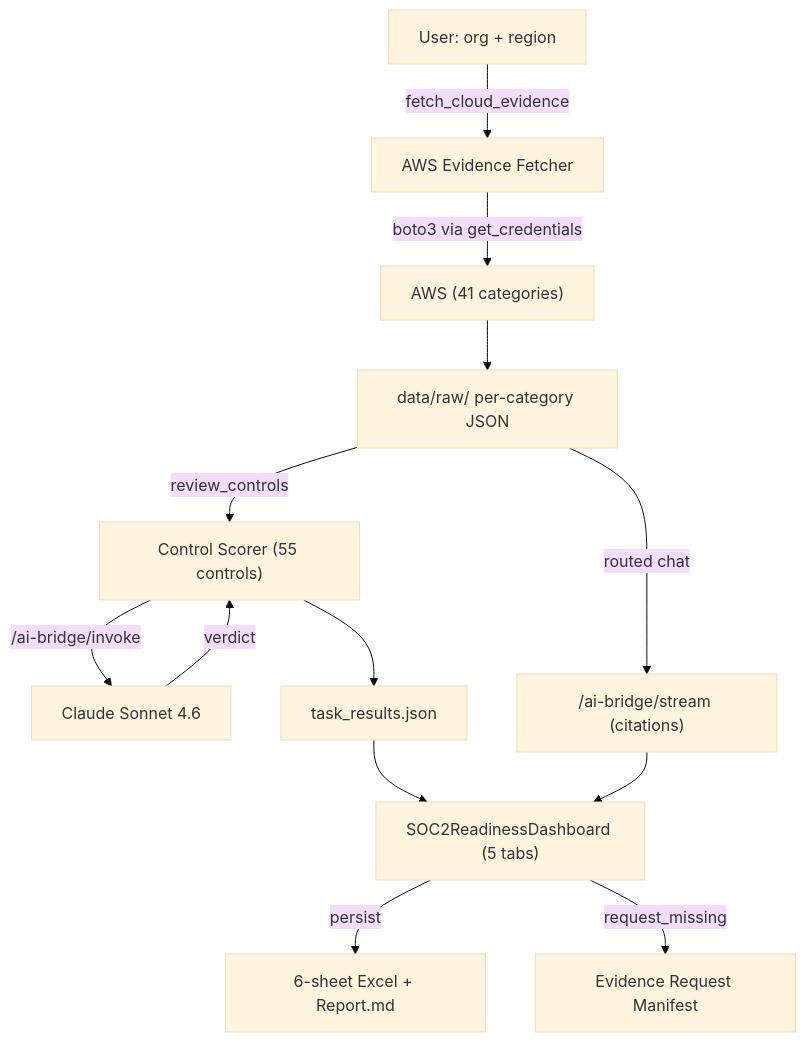
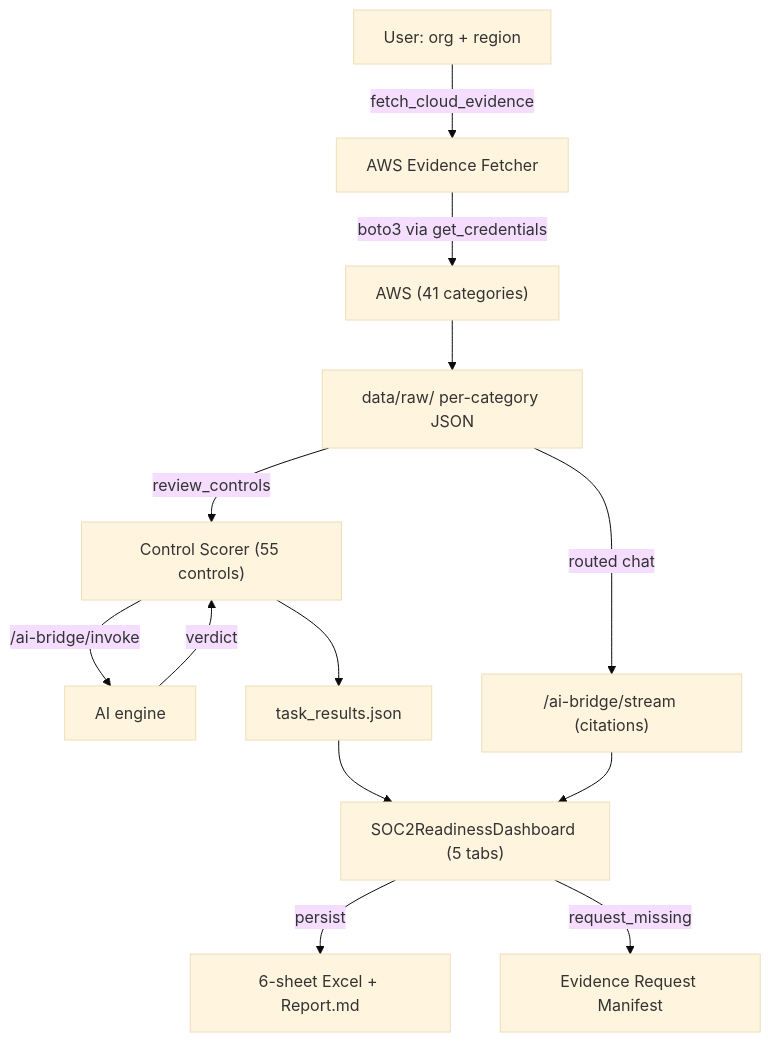
One commit to transilienceai/docs changed the fifth of 32 diagrams in concepts/Applications.md. Above: the diagram before and after it, drawn with Mermaid (base theme). The commit also changed other lines of this file, not shown here.

````diff
--- a/concepts/Applications.md
+++ b/concepts/Applications.md
@@ -175,15 +175,15 @@
 ```mermaid
 flowchart TD
     A["User: org + region"] -->|fetch_cloud_evidence| B["AWS Evidence Fetcher"]
     B -->|boto3 via get_credentials| C["AWS (41 categories)"]
     C --> D["data/raw/ per-category JSON"]
     D -->|review_controls| E["Control Scorer (55 controls)"]
-    E -->|/ai-bridge/invoke| F["Claude Sonnet 4.6"]
+    E -->|/ai-bridge/invoke| F["AI engine"]
     F -->|verdict| E
     E --> G["task_results.json"]
     G --> H["SOC2ReadinessDashboard (5 tabs)"]
     D -->|routed chat| I["/ai-bridge/stream (citations)"]
     I --> H
     H -->|persist| J["6-sheet Excel + Report.md"]
     H -->|request_missing| K["Evidence Request Manifest"]
 ```
````
